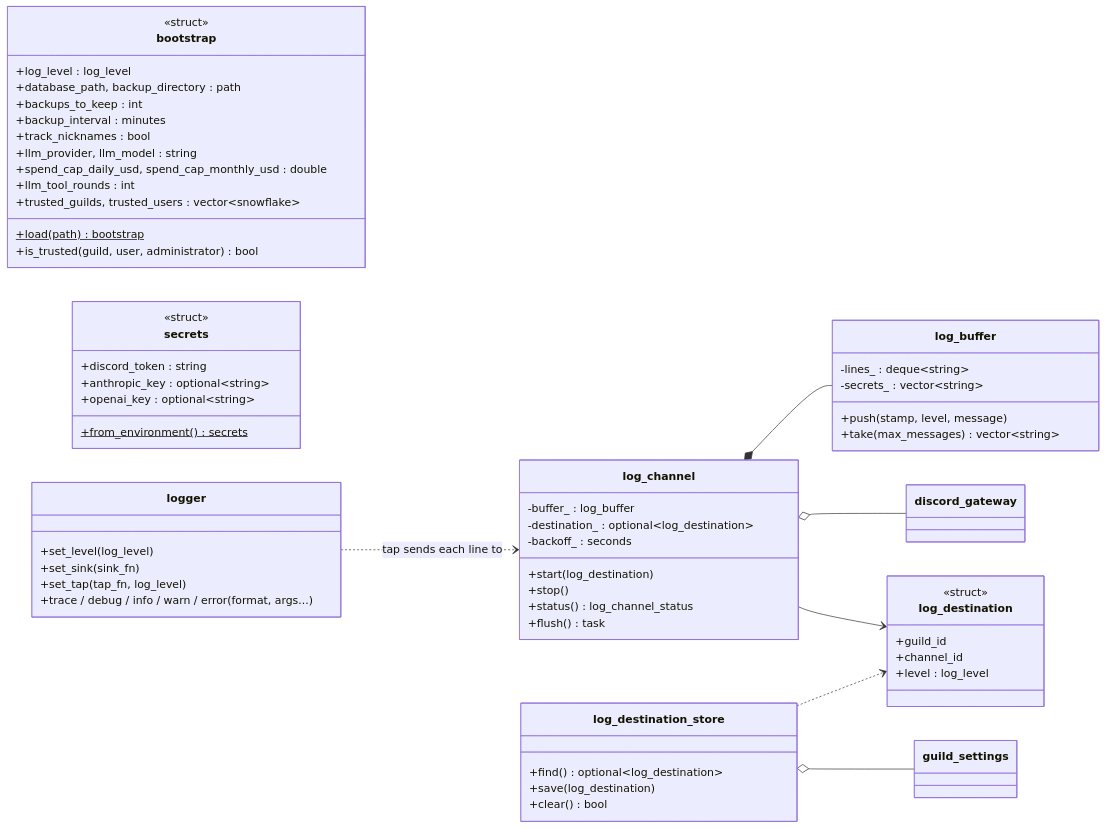
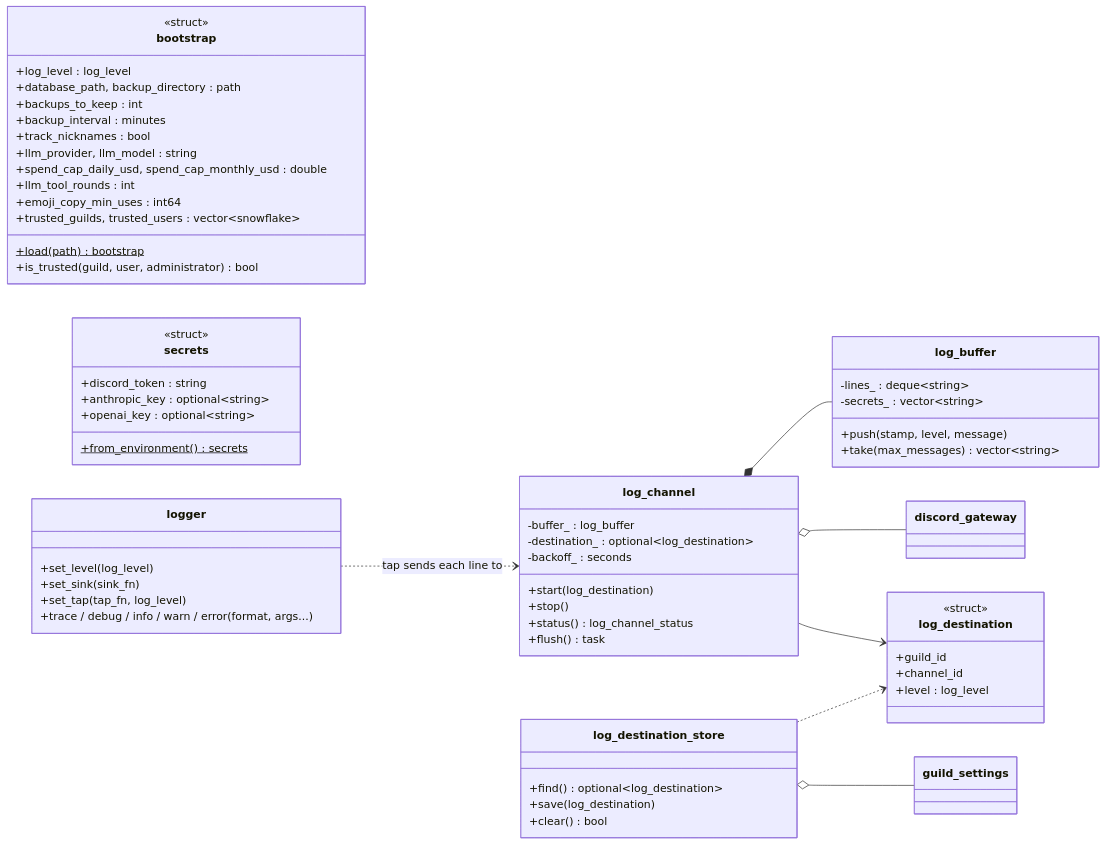
One commit to mhorn00/LatiBot-cpp changed diagram 13 of 13 in docs/architecture/Classes.md. Above: the diagram before and after it, drawn with Mermaid. The commit also changed other lines of this file and 6 other files, not shown here.

````diff
--- a/docs/architecture/Classes.md
+++ b/docs/architecture/Classes.md
@@ -1375,65 +1407,66 @@
 ```mermaid
 classDiagram
     direction LR
 
     class bootstrap {
         <<struct>>
         +log_level : log_level
         +database_path, backup_directory : path
         +backups_to_keep : int
         +backup_interval : minutes
         +track_nicknames : bool
         +llm_provider, llm_model : string
         +spend_cap_daily_usd, spend_cap_monthly_usd : double
         +llm_tool_rounds : int
+        +emoji_copy_min_uses : int64
         +trusted_guilds, trusted_users : vector~snowflake~
         +load(path)$ bootstrap
         +is_trusted(guild, user, administrator) bool
     }
     class secrets {
         <<struct>>
         +discord_token : string
         +anthropic_key : optional~string~
         +openai_key : optional~string~
         +from_environment()$ secrets
     }
     class logger {
         +set_level(log_level)
         +set_sink(sink_fn)
         +set_tap(tap_fn, log_level)
         +trace / debug / info / warn / error(format, args...)
     }
     class log_channel {
         -buffer_ : log_buffer
         -destination_ : optional~log_destination~
         -backoff_ : seconds
         +start(log_destination)
         +stop()
         +status() log_channel_status
         +flush() task
     }
     class log_buffer {
         -lines_ : deque~string~
         -secrets_ : vector~string~
         +push(stamp, level, message)
         +take(max_messages) vector~string~
     }
     class log_destination {
         <<struct>>
         +guild_id
         +channel_id
         +level : log_level
     }
     class log_destination_store {
         +find() optional~log_destination~
         +save(log_destination)
         +clear() bool
     }
 
     logger ..> log_channel : tap sends each line to
     log_channel *-- log_buffer
     log_channel o-- discord_gateway
     log_channel --> log_destination
     log_destination_store ..> log_destination
     log_destination_store o-- guild_settings
 ```
````
